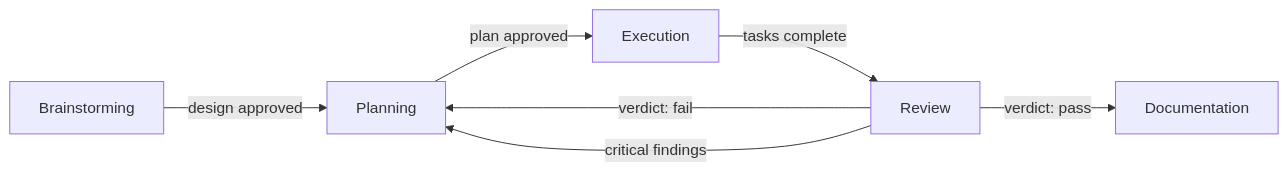
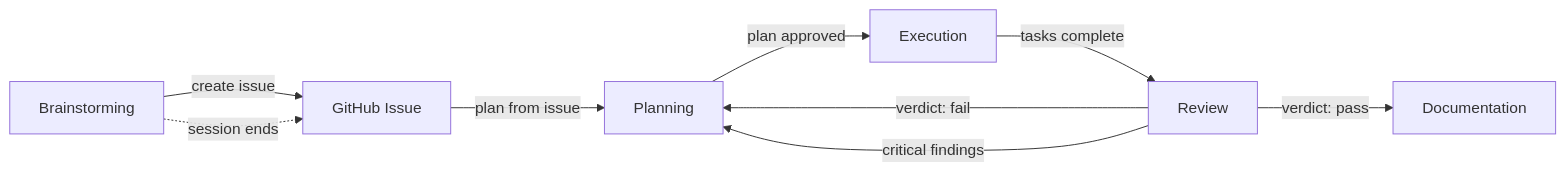
The diagram in .claude/skills/workflow/SKILL.md (nesso-how/nesso), drawn with Mermaid before and after one commit. The commit also changed other lines of this file, not shown here.

Commit message:
chore(workflow): brainstorming outputs GitHub issue, main-agent-only, session boundary

````diff
--- a/.claude/skills/workflow/SKILL.md
+++ b/.claude/skills/workflow/SKILL.md
@@ -20,9 +20,11 @@
 ```mermaid
 flowchart LR
-  B[Brainstorming] -->|design approved| P[Planning]
+  B[Brainstorming] -->|create issue| I[GitHub Issue]
+  I -->|plan from issue| P[Planning]
+  B -.->|session ends| I
   P -->|plan approved| E[Execution]
   E -->|tasks complete| R[Review]
   R -->|verdict: pass| D[Documentation]
   R -->|verdict: fail| P
   R -->|critical findings| P
 ```
````
